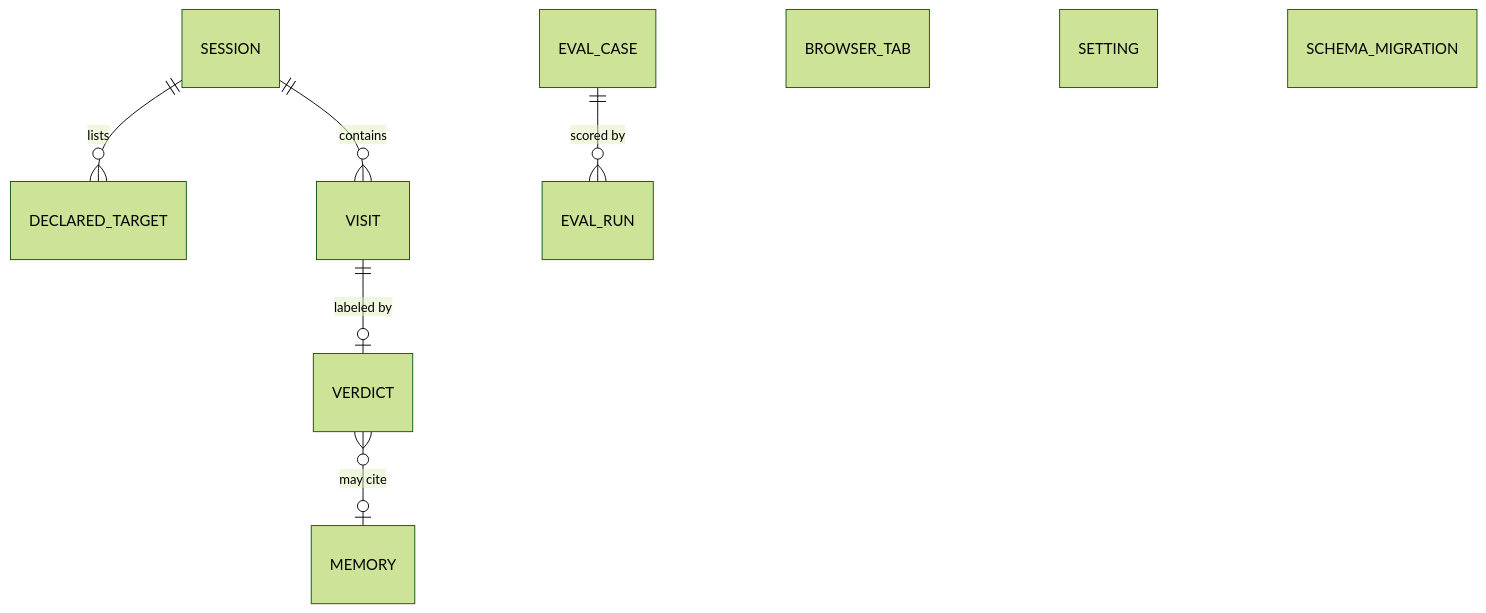
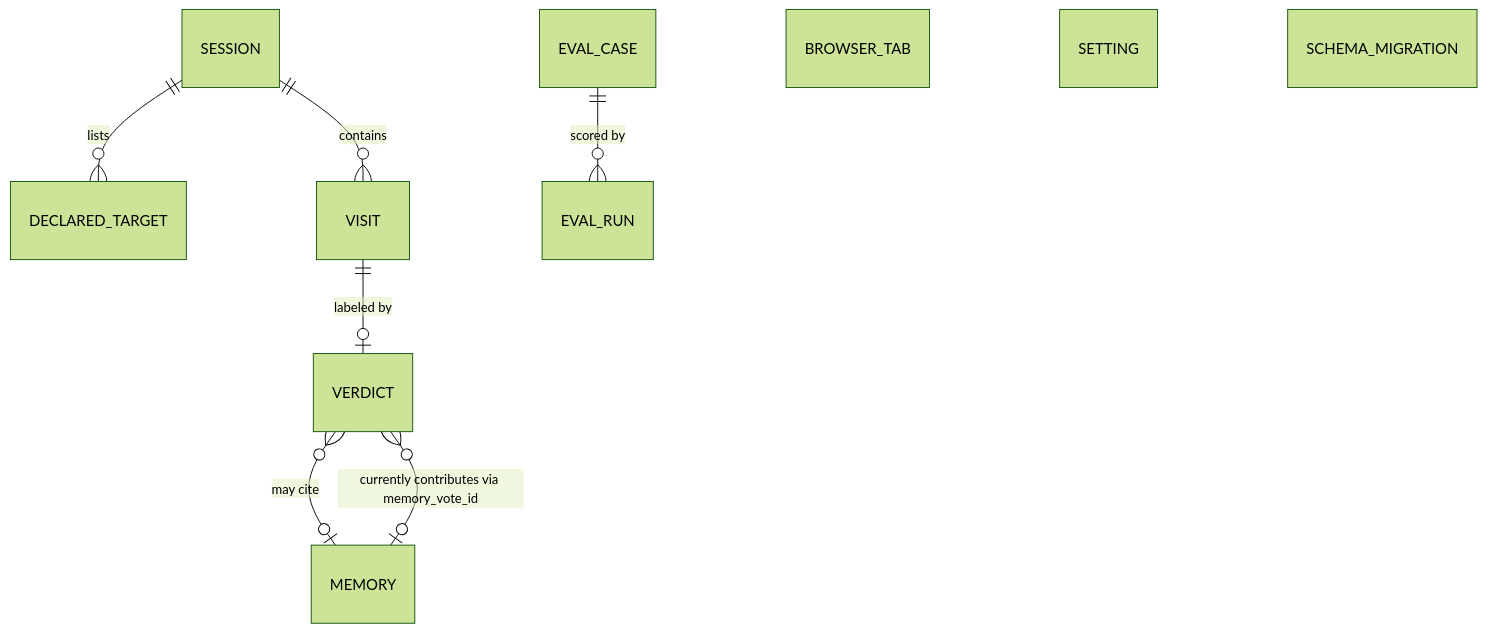
Before and after one commit to Alexandre-Nevero/focuslocal: the diagram in docs/data-model.md, drawn with Mermaid (forest theme). The commit also changed other lines of this file and 26 other files, not shown here.

````diff
--- a/docs/data-model.md
+++ b/docs/data-model.md
@@ -17,11 +17,12 @@
 ```mermaid
 erDiagram
   SESSION ||--o{ DECLARED_TARGET : "lists"
   SESSION ||--o{ VISIT : "contains"
   VISIT ||--o| VERDICT : "labeled by"
   VERDICT }o--o| MEMORY : "may cite"
+  VERDICT }o--o| MEMORY : "currently contributes via memory_vote_id"
   EVAL_CASE ||--o{ EVAL_RUN : "scored by"
   BROWSER_TAB
   SETTING
   SCHEMA_MIGRATION
 ```
````
